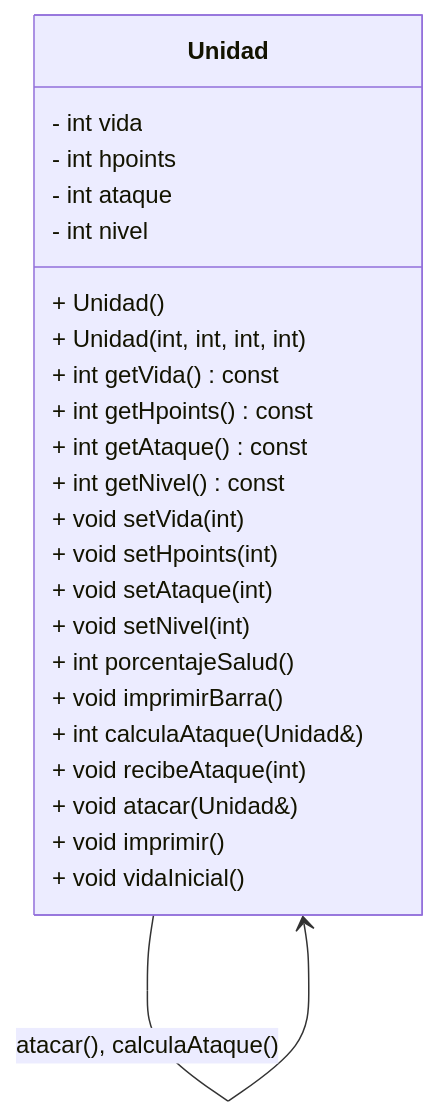
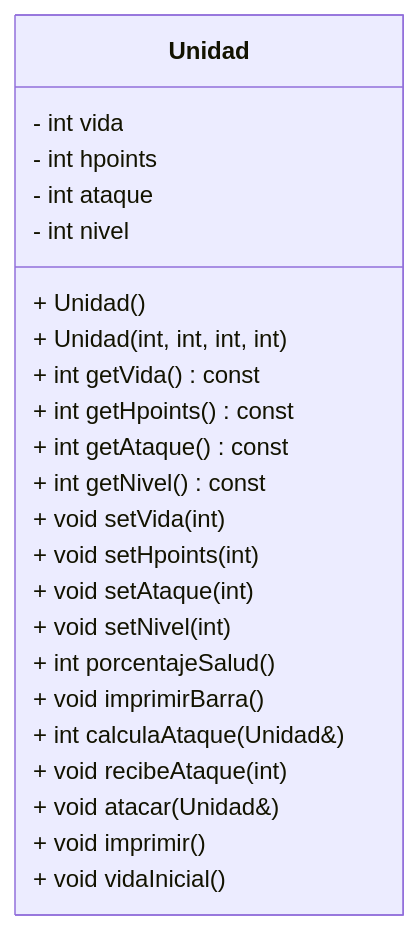
One commit to JustGp/Proyecto_A00844976 changed the diagram in assignments/Proyecto/README.md. Above: the diagram before and after it, drawn with Mermaid.

Commit message:
Final real ya

````diff
--- a/assignments/Proyecto/README.md
+++ b/assignments/Proyecto/README.md
@@ -6,33 +6,32 @@
 ```mermaid
 classDiagram
 class Unidad {
     - int vida
     - int hpoints
     - int ataque
     - int nivel
 
     + Unidad()
     + Unidad(int, int, int, int)
 
     + int getVida() const
     + int getHpoints() const
     + int getAtaque() const
     + int getNivel() const
 
     + void setVida(int)
     + void setHpoints(int)
     + void setAtaque(int)
     + void setNivel(int)
 
     + int porcentajeSalud()
     + void imprimirBarra()
     + int calculaAtaque(Unidad&)
     + void recibeAtaque(int)
     + void atacar(Unidad&)
     + void imprimir()
 
     + void vidaInicial()
 }
 
-Unidad --> Unidad : atacar(), calculaAtaque()
 ```
````
